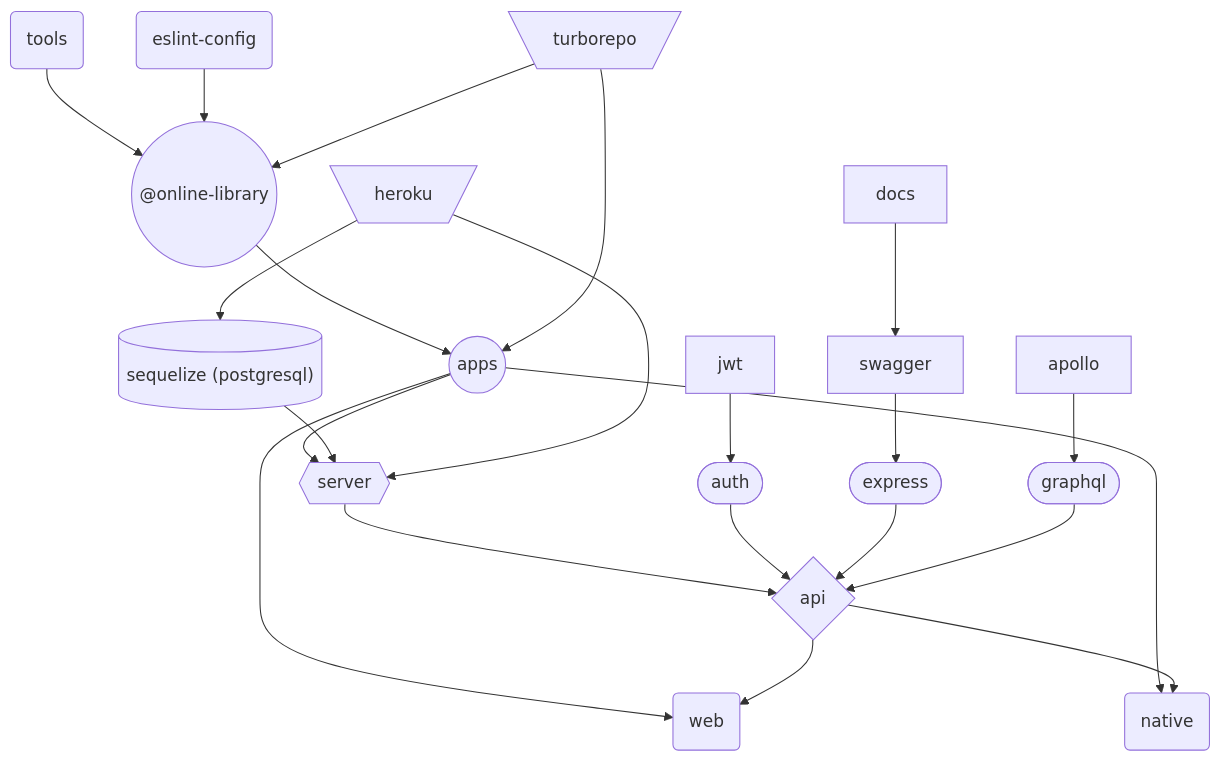
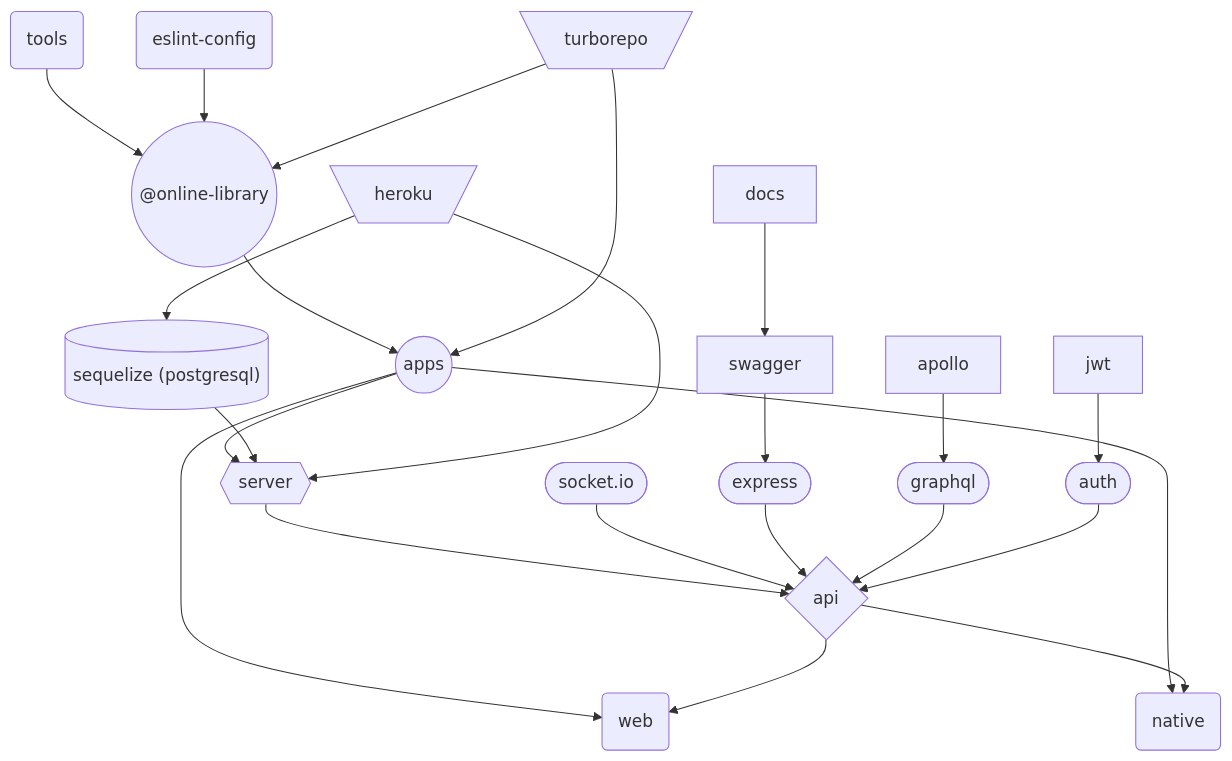
Before and after one commit to kuubson/online-library: the diagram in README.md, drawn with Mermaid. The commit also changed other lines of this file, not shown here.

Commit message:
mention socket.io

````diff
--- a/README.md
+++ b/README.md
@@ -52,36 +52,38 @@
 ```mermaid
 graph TD
 apps-->client(web)
 apps-->native(native)
 apps-->server{{server}}
 
 tools(tools)-->lib
 eslint-config(eslint-config)-->lib
 
 lib-->apps((apps))
 
 turborepo[\turborepo/]-->apps
 turborepo-->lib(("@online-library"))
 
 heroku[\heroku/]-->db[("sequelize (postgresql)")]
 
 db-->server
 
 heroku-->server
 
 server-->api{api}
 
-auth([auth])-->api{api}
-jwt-->auth
+socket(["socket.io"])-->api
+
+express([express])-->api
 
 apollo-->graphql([graphql])
-
-express([express])-->api
 graphql-->api
 
 swagger-->express
 docs-->swagger
 
+auth([auth])-->api{api}
+jwt-->auth
+
 api-->client
 api-->native
 ```
````
